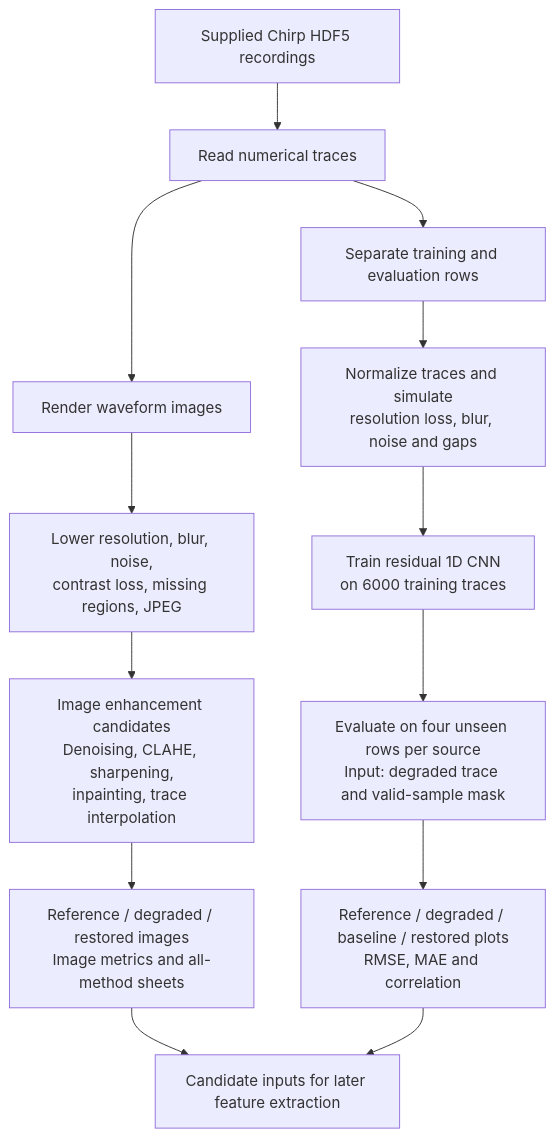
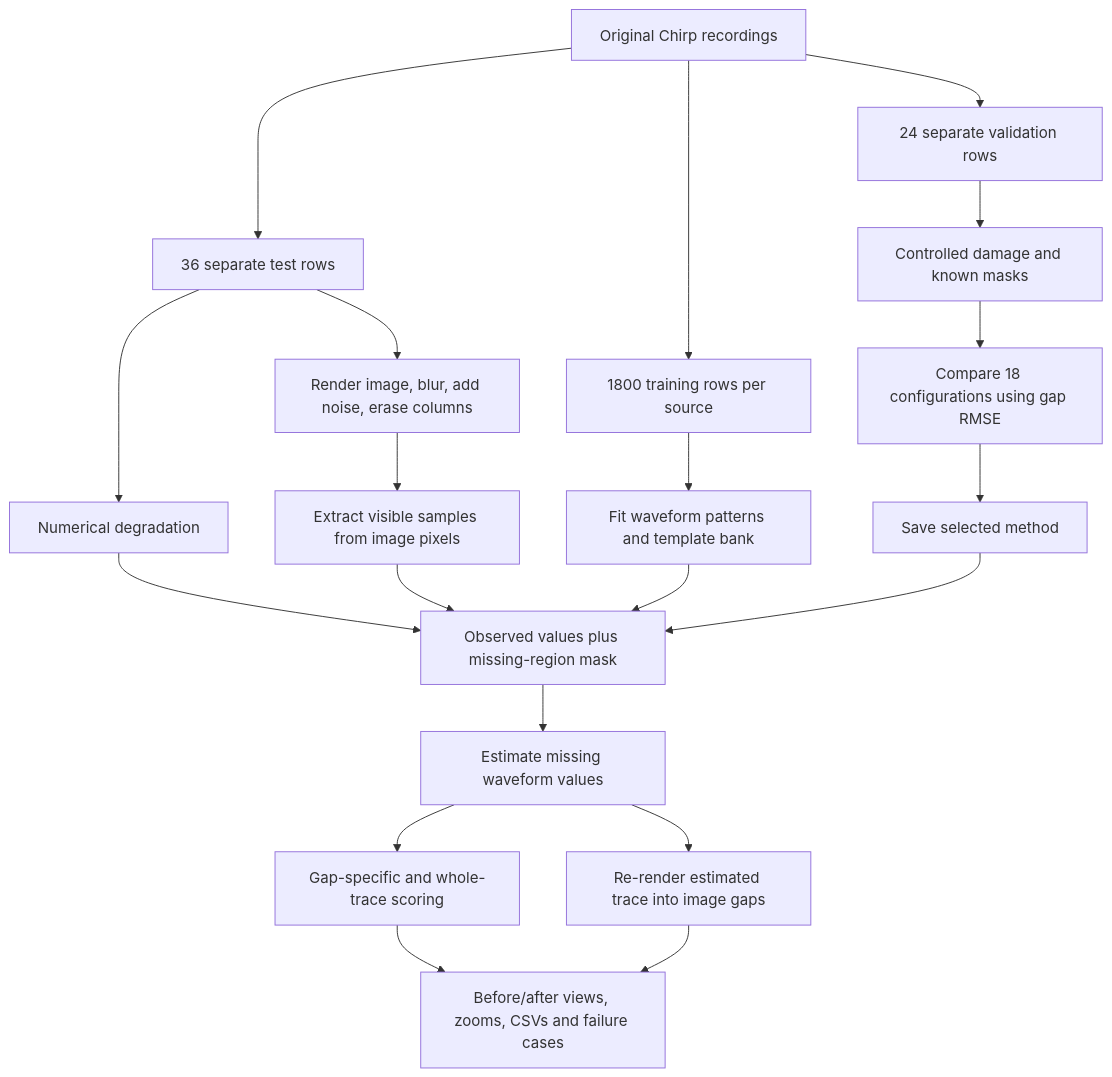
One commit to Samik123Mit/BTP_Project changed the diagram in README.md. Above: the diagram before and after it, drawn with Mermaid. The commit also changed other lines of this file and 166 other files, not shown here.

Commit message:
Add validated Chirp gap reconstruction with image inputs and reproducible results

````diff
--- a/README.md
+++ b/README.md
@@ -38,15 +89,22 @@
 ```mermaid
 flowchart TD
-    A[Supplied Chirp HDF5 recordings] --> B[Read numerical traces]
-    B --> C[Render waveform images]
-    C --> D[Lower resolution, blur, noise,<br/>contrast loss, missing regions, JPEG]
-    D --> E[Image enhancement candidates<br/>Denoising, CLAHE, sharpening,<br/>inpainting, trace interpolation]
-    E --> F[Reference / degraded / restored images<br/>Image metrics and all-method sheets]
-    B --> G[Separate training and evaluation rows]
-    G --> H[Normalize traces and simulate<br/>resolution loss, blur, noise and gaps]
-    H --> I[Train residual 1D CNN<br/>on 6000 training traces]
-    I --> J[Evaluate on four unseen rows per source<br/>Input: degraded trace and valid-sample mask]
-    J --> K[Reference / degraded / baseline / restored plots<br/>RMSE, MAE and correlation]
-    F --> L[Candidate inputs for later feature extraction]
-    K --> L
+    A[Original Chirp recordings] --> T[1800 training rows per source]
+    T --> P[Fit waveform patterns and template bank]
+    A --> V[24 separate validation rows]
+    V --> D[Controlled damage and known masks]
+    D --> C[Compare 18 configurations using gap RMSE]
+    C --> S[Save selected method]
+    A --> E[36 separate test rows]
+    E --> N[Numerical degradation]
+    E --> I[Render image, blur, add noise, erase columns]
+    I --> X[Extract visible samples from image pixels]
+    N --> R[Observed values plus missing-region mask]
+    X --> R
+    P --> R
+    S --> R
+    R --> F[Estimate missing waveform values]
+    F --> G[Gap-specific and whole-trace scoring]
+    F --> O[Re-render estimated trace into image gaps]
+    G --> H[Before/after views, zooms, CSVs and failure cases]
+    O --> H
 ```
````
